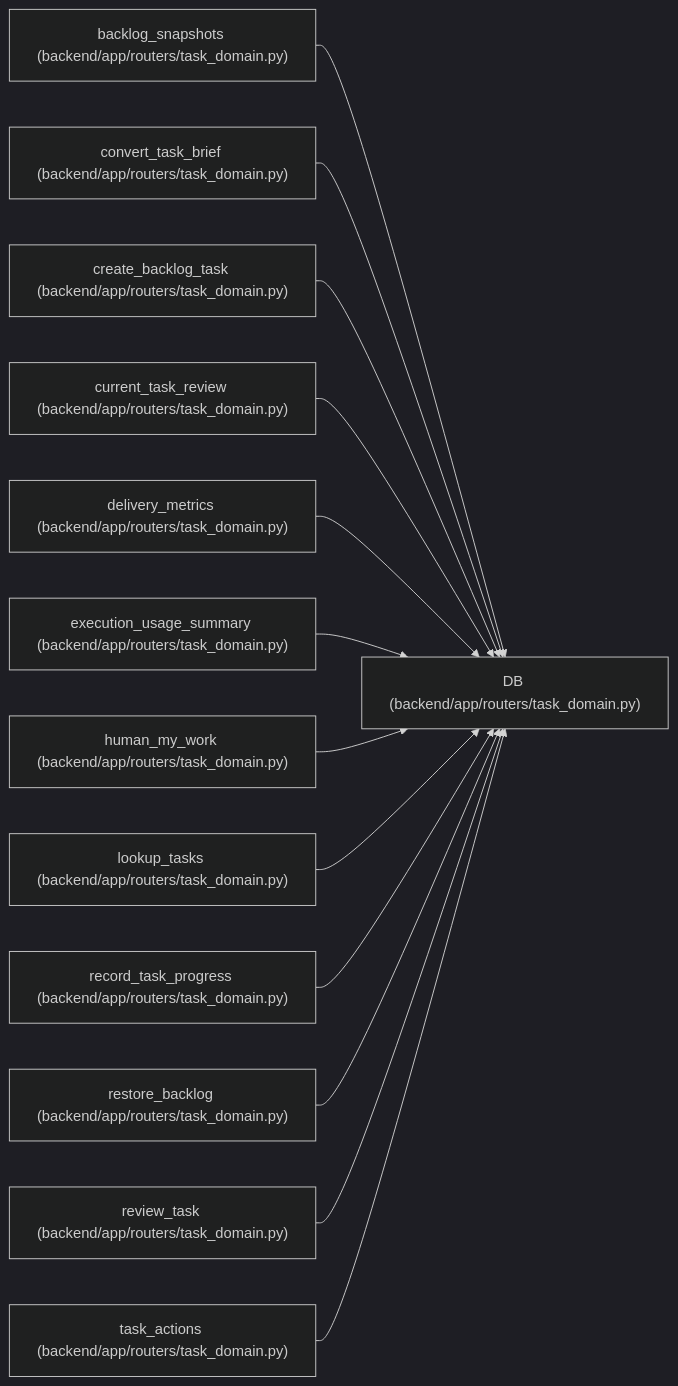
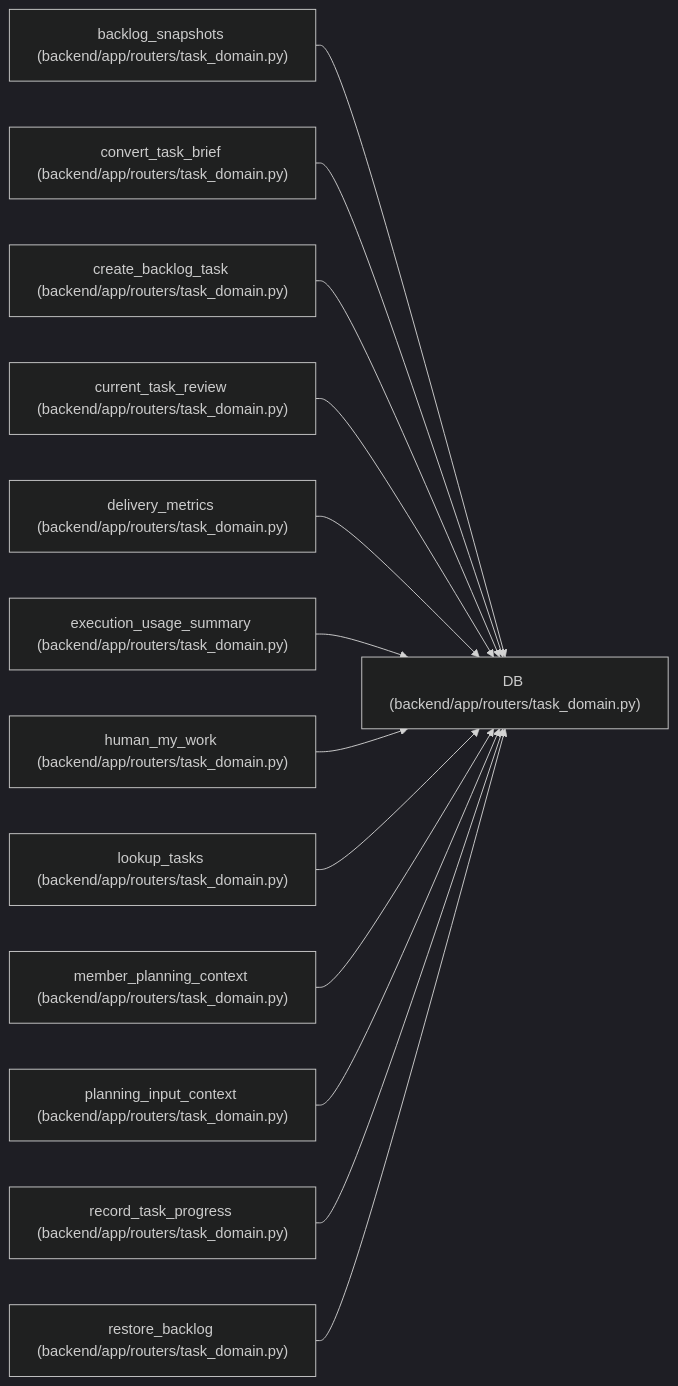
Before and after one commit to Denissvgn/WorkChord: the diagram in docs/llm_wiki/entities/routers_task_domain_DB.md, drawn with Mermaid (dark theme). The commit also changed other lines of this file and 10148 other files, not shown here.

````diff
--- a/docs/llm_wiki/entities/routers_task_domain_DB.md
+++ b/docs/llm_wiki/entities/routers_task_domain_DB.md
@@ -24,41 +24,41 @@
 ```mermaid
 flowchart LR
     n0["DB (backend/app/routers/task_domain.py)"]
     n1["backlog_snapshots (backend/app/routers/task_domain.py)"]
     n2["convert_task_brief (backend/app/routers/task_domain.py)"]
     n3["create_backlog_task (backend/app/routers/task_domain.py)"]
     n4["current_task_review (backend/app/routers/task_domain.py)"]
     n5["delivery_metrics (backend/app/routers/task_domain.py)"]
     n6["execution_usage_summary (backend/app/routers/task_domain.py)"]
     n7["human_my_work (backend/app/routers/task_domain.py)"]
     n8["lookup_tasks (backend/app/routers/task_domain.py)"]
-    n9["record_task_progress (backend/app/routers/task_domain.py)"]
-    n10["restore_backlog (backend/app/routers/task_domain.py)"]
-    n11["review_task (backend/app/routers/task_domain.py)"]
-    n12["task_actions (backend/app/routers/task_domain.py)"]
+    n9["member_planning_context (backend/app/routers/task_domain.py)"]
+    n10["planning_input_context (backend/app/routers/task_domain.py)"]
+    n11["record_task_progress (backend/app/routers/task_domain.py)"]
+    n12["restore_backlog (backend/app/routers/task_domain.py)"]
     n1 --> n0
     n2 --> n0
     n3 --> n0
     n4 --> n0
     n5 --> n0
     n6 --> n0
     n7 --> n0
     n8 --> n0
     n9 --> n0
     n10 --> n0
     n11 --> n0
     n12 --> n0
     click n0 "../modules/routers_task_domain.md"
     click n1 "../modules/routers_task_domain.md"
     click n2 "../modules/routers_task_domain.md"
     click n3 "../modules/routers_task_domain.md"
     click n4 "../modules/routers_task_domain.md"
     click n5 "../modules/routers_task_domain.md"
     click n6 "../modules/routers_task_domain.md"
     click n7 "../modules/routers_task_domain.md"
     click n8 "../modules/routers_task_domain.md"
     click n9 "../modules/routers_task_domain.md"
     click n10 "../modules/routers_task_domain.md"
     click n11 "../modules/routers_task_domain.md"
     click n12 "../modules/routers_task_domain.md"
 ```
````
